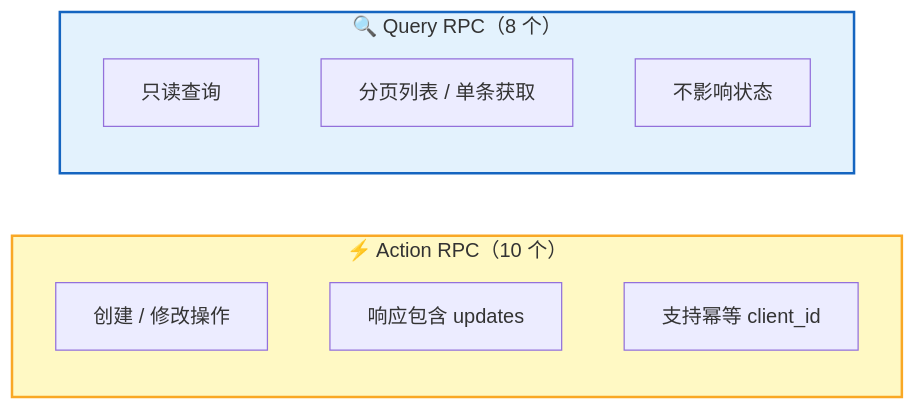
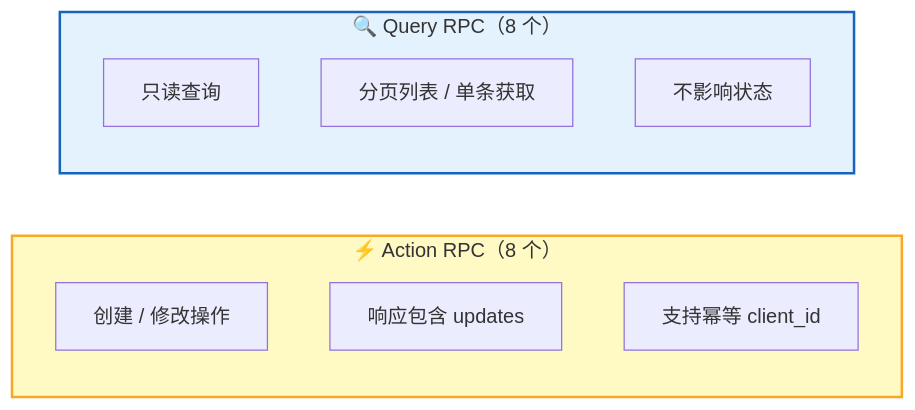
One commit to rtc-agent/docs changed the third of 5 diagrams in src/content/docs/protocol/index.md. Above: the diagram before and after it, drawn with Mermaid. The commit also changed other lines of this file and 60 other files, not shown here.

First line of the commit message:
docs(site): refresh documentation with new sections and improved diagrams

````diff
--- a/src/content/docs/protocol/index.md
+++ b/src/content/docs/protocol/index.md
@@ -75,19 +75,19 @@
 ```mermaid
 flowchart LR
-    subgraph ACTION["⚡ Action RPC（10 个）"]
+    subgraph ACTION["⚡ Action RPC（8 个）"]
         direction TB
         A1["创建 / 修改操作"]
         A2["响应包含 updates"]
         A3["支持幂等 client_id"]
     end
 
     subgraph QUERY["🔍 Query RPC（8 个）"]
         direction TB
         Q1["只读查询"]
         Q2["分页列表 / 单条获取"]
         Q3["不影响状态"]
     end
 
     style ACTION fill:#fff9c4,stroke:#f9a825,stroke-width:2px
     style QUERY fill:#e3f2fd,stroke:#1565c0,stroke-width:2px
 ```
````
